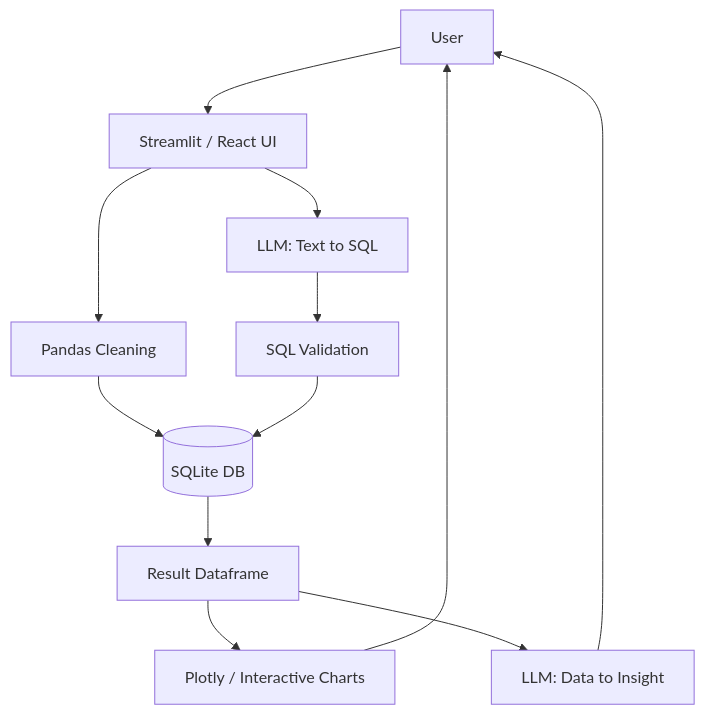
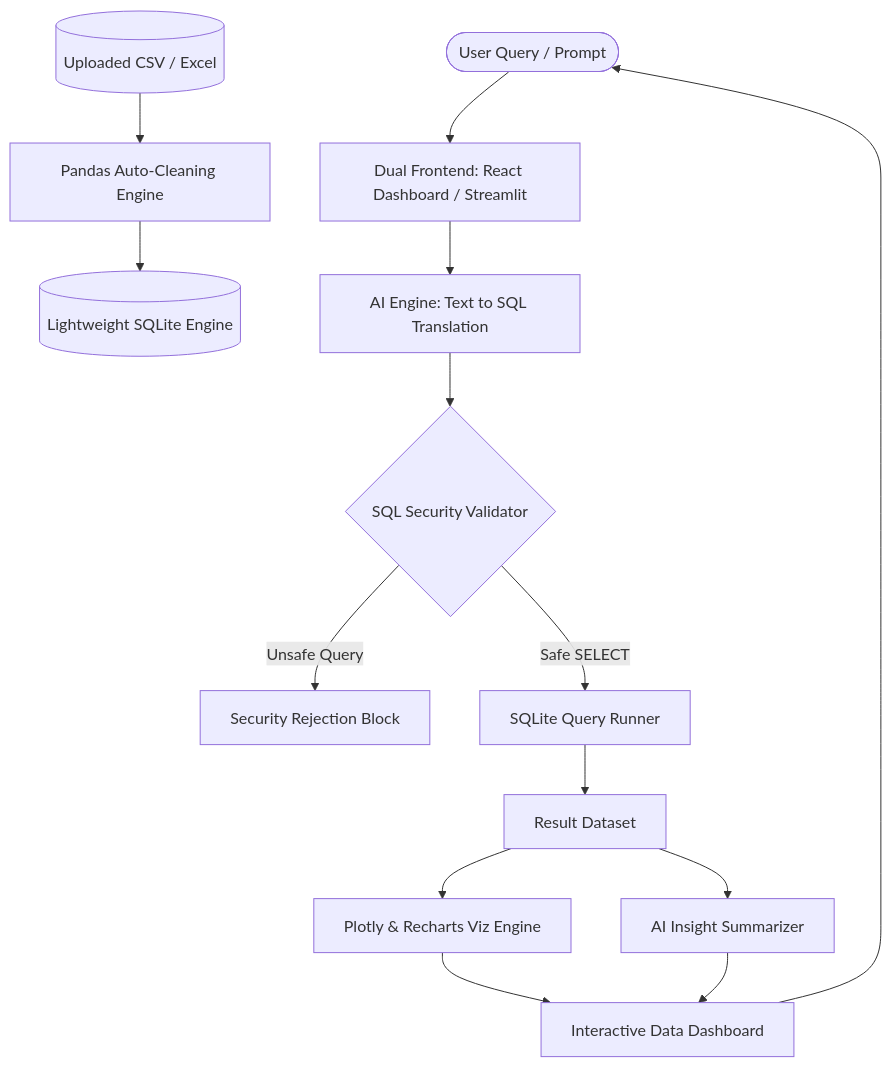
Before and after one commit to saikumarsingarapu41-glitch/AI-powered-assistant: the diagram in README.md, drawn with Mermaid. The commit also changed other lines of this file and 1 other file, not shown here.

Commit message:
docs: add attractive README with architecture, badges, and MIT license

````diff
--- a/README.md
+++ b/README.md
@@ -33,14 +50,20 @@
 ```mermaid
 graph TD
-    User --> Frontend[Streamlit / React UI]
-    Frontend --> Pandas[Pandas Cleaning]
-    Pandas --> SQLite[(SQLite DB)]
-    Frontend --> LLM_SQL[LLM: Text to SQL]
-    LLM_SQL --> SQL_Val[SQL Validation]
-    SQL_Val --> SQLite
-    SQLite --> Result_DF[Result Dataframe]
-    Result_DF --> Plotly[Plotly / Interactive Charts]
-    Result_DF --> LLM_Insight[LLM: Data to Insight]
-    LLM_Insight --> User
-    Plotly --> User
+    User([User Query / Prompt]) --> UI[Dual Frontend: React Dashboard / Streamlit]
+    DataFile[(Uploaded CSV / Excel)] --> Cleaning[Pandas Auto-Cleaning Engine]
+    Cleaning --> DB[(Lightweight SQLite Engine)]
+    
+    UI --> LLM_SQL[AI Engine: Text to SQL Translation]
+    LLM_SQL --> Validator{SQL Security Validator}
+    
+    Validator -- "Unsafe Query" --> ErrorMsg[Security Rejection Block]
+    Validator -- "Safe SELECT" --> Executor[SQLite Query Runner]
+    
+    Executor --> ResultDF[Result Dataset]
+    ResultDF --> Visualizer[Plotly & Recharts Viz Engine]
+    ResultDF --> LLM_Insight[AI Insight Summarizer]
+    
+    Visualizer --> OutputDashboard[Interactive Data Dashboard]
+    LLM_Insight --> OutputDashboard
+    OutputDashboard --> User
 ```
````
